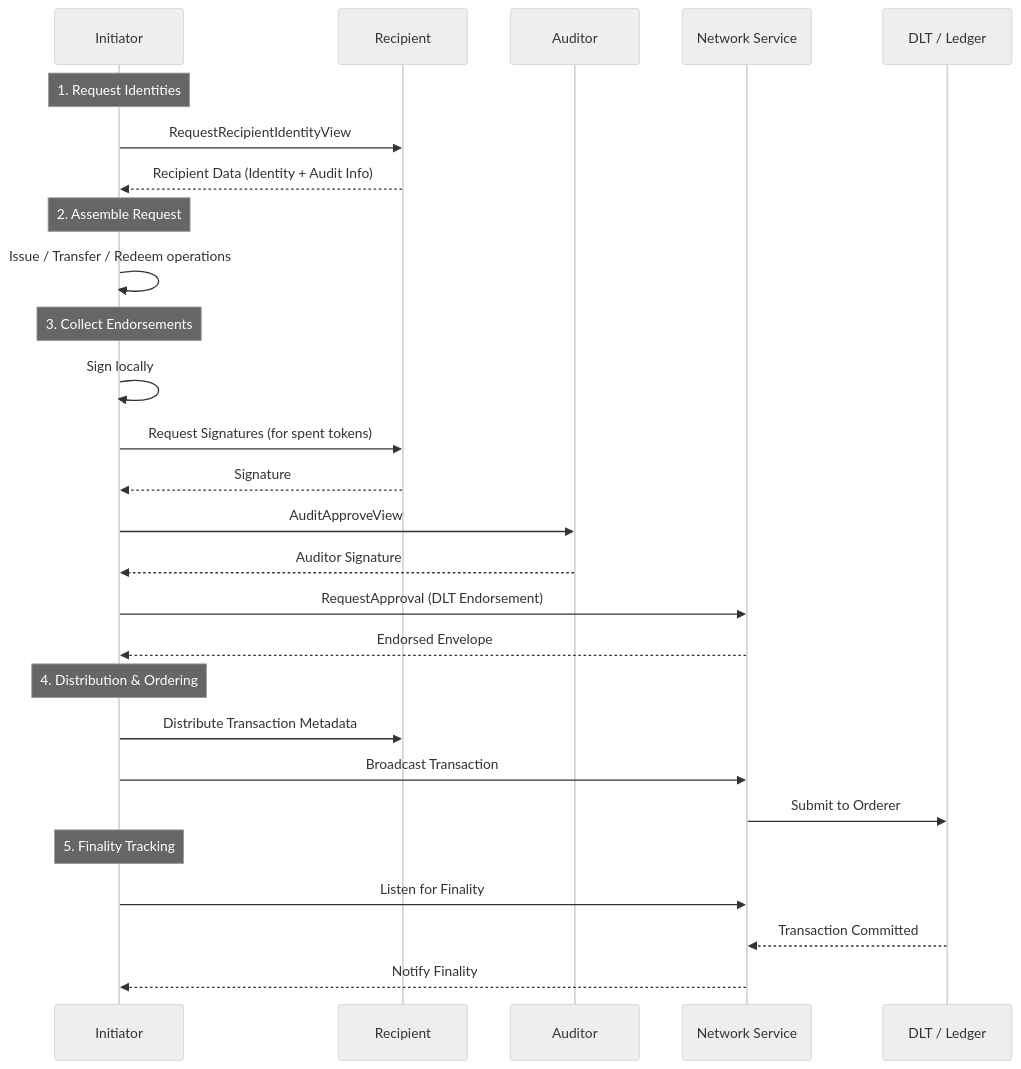
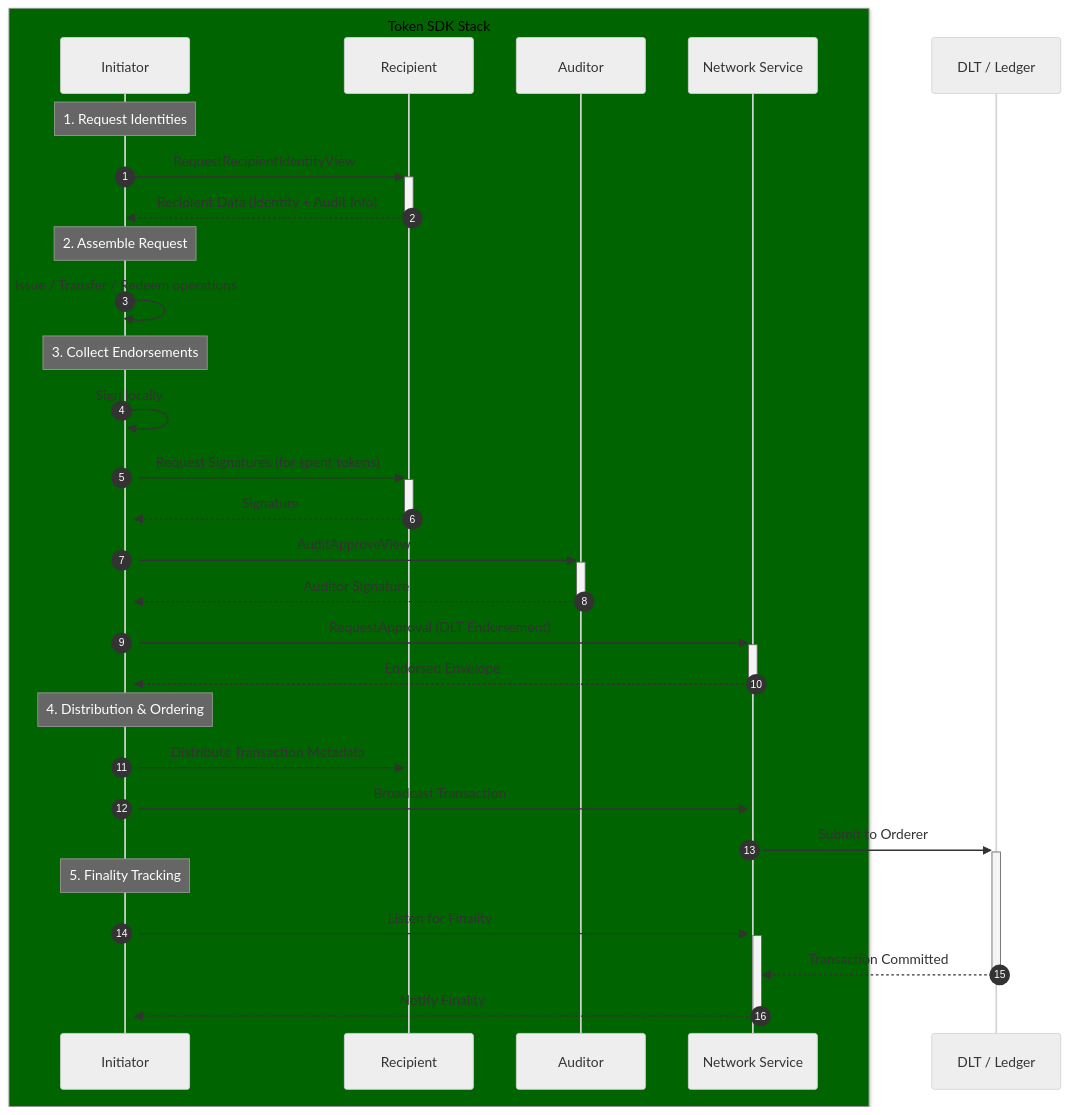
The diagram in docs/services/ttx.md (hyperledger-labs/fabric-token-sdk), drawn with Mermaid (neutral theme) before and after one commit. The commit also changed 5 other files, not shown here.

````diff
--- a/docs/services/ttx.md
+++ b/docs/services/ttx.md
@@ -11,34 +11,42 @@
 ```mermaid
 sequenceDiagram
+    autonumber
     participant Initiator
     participant Recipient
     participant Auditor
     participant Network as Network Service
     participant Ledger as DLT / Ledger
 
+    box darkgreen Token SDK Stack
+        participant Initiator
+        participant Recipient
+        participant Auditor
+        participant Network
+    end
+
     Note over Initiator: 1. Request Identities
-    Initiator->>Recipient: RequestRecipientIdentityView
-    Recipient-->>Initiator: Recipient Data (Identity + Audit Info)
+    Initiator->>+Recipient: RequestRecipientIdentityView
+    Recipient-->>-Initiator: Recipient Data (Identity + Audit Info)
 
     Note over Initiator: 2. Assemble Request
-    Initiator->>Initiator: Issue / Transfer / Redeem operations
+    Initiator->>+Initiator: Issue / Transfer / Redeem operations
 
     Note over Initiator: 3. Collect Endorsements
-    Initiator->>Initiator: Sign locally
-    Initiator->>Recipient: Request Signatures (for spent tokens)
-    Recipient-->>Initiator: Signature
-    Initiator->>Auditor: AuditApproveView
-    Auditor-->>Initiator: Auditor Signature
-    Initiator->>Network: RequestApproval (DLT Endorsement)
-    Network-->>Initiator: Endorsed Envelope
+    Initiator->>+Initiator: Sign locally
+    Initiator->>+Recipient: Request Signatures (for spent tokens)
+    Recipient-->>-Initiator: Signature
+    Initiator->>+Auditor: AuditApproveView
+    Auditor-->>-Initiator: Auditor Signature
+    Initiator->>+Network: RequestApproval (DLT Endorsement)
+    Network-->>-Initiator: Endorsed Envelope
 
     Note over Initiator: 4. Distribution & Ordering
-    Initiator->>Recipient: Distribute Transaction Metadata
-    Initiator->>Network: Broadcast Transaction
-    Network->>Ledger: Submit to Orderer
+    Initiator->>+Recipient: Distribute Transaction Metadata
+    Initiator->>+Network: Broadcast Transaction
+    Network->>+Ledger: Submit to Orderer
 
     Note over Initiator: 5. Finality Tracking
-    Initiator->>Network: Listen for Finality
-    Ledger-->>Network: Transaction Committed
-    Network-->>Initiator: Notify Finality
+    Initiator->>+Network: Listen for Finality
+    Ledger-->>-Network: Transaction Committed
+    Network-->>-Initiator: Notify Finality
 ```
````
